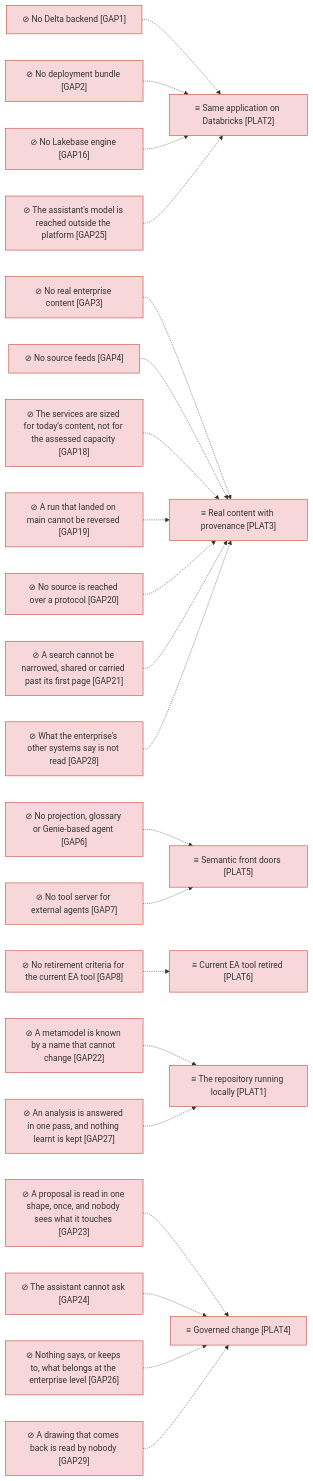
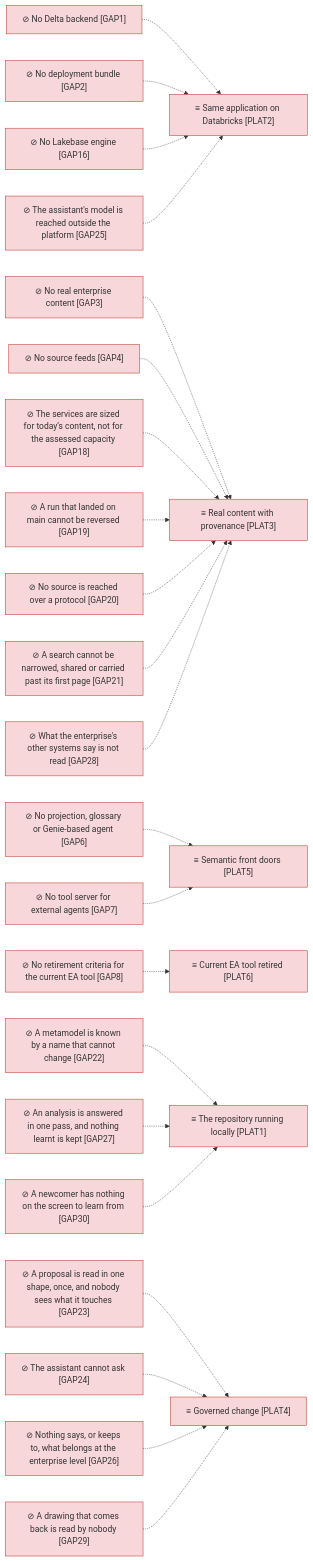
One commit to roanboc/dbx-enterprise-architecture changed the third of 4 diagrams in architecture/6_transition/1_target-state.md. Above: the diagram before and after it, drawn with Mermaid. The commit also changed other lines of this file and 4 other files, not shown here.

First line of the commit message:
docs(architecture): initiative 27 drafted for Understanding — getting started and help on every screen

````diff
--- a/architecture/6_transition/1_target-state.md
+++ b/architecture/6_transition/1_target-state.md
@@ -67,51 +68,53 @@
 ```mermaid
 flowchart LR
   p1["≡ The repository running locally [PLAT1]"]:::implementation
   p2["≡ Same application on Databricks [PLAT2]"]:::implementation
   p3["≡ Real content with provenance [PLAT3]"]:::implementation
   p5["≡ Semantic front doors [PLAT5]"]:::implementation
   p6["≡ Current EA tool retired [PLAT6]"]:::implementation
   g1["⊘ No Delta backend [GAP1]"]:::implementation
   g2["⊘ No deployment bundle [GAP2]"]:::implementation
   g16["⊘ No Lakebase engine [GAP16]"]:::implementation
   g3["⊘ No real enterprise content [GAP3]"]:::implementation
   g4["⊘ No source feeds [GAP4]"]:::implementation
   g6["⊘ No projection, glossary or Genie-based agent [GAP6]"]:::implementation
   g7["⊘ No tool server for external agents [GAP7]"]:::implementation
   g8["⊘ No retirement criteria for the current EA tool [GAP8]"]:::implementation
   g18["⊘ The services are sized for today’s content, not for the assessed capacity [GAP18]"]:::implementation
   g19["⊘ A run that landed on main cannot be reversed [GAP19]"]:::implementation
   g20["⊘ No source is reached over a protocol [GAP20]"]:::implementation
   g21["⊘ A search cannot be narrowed, shared or carried past its first page [GAP21]"]:::implementation
   g22["⊘ A metamodel is known by a name that cannot change [GAP22]"]:::implementation
   g23["⊘ A proposal is read in one shape, once, and nobody sees what it touches [GAP23]"]:::implementation
   g24["⊘ The assistant cannot ask [GAP24]"]:::implementation
   g25["⊘ The assistant's model is reached outside the platform [GAP25]"]:::implementation
   g26["⊘ Nothing says, or keeps to, what belongs at the enterprise level [GAP26]"]:::implementation
   g27["⊘ An analysis is answered in one pass, and nothing learnt is kept [GAP27]"]:::implementation
   g28["⊘ What the enterprise's other systems say is not read [GAP28]"]:::implementation
   g29["⊘ A drawing that comes back is read by nobody [GAP29]"]:::implementation
+  g30["⊘ A newcomer has nothing on the screen to learn from [GAP30]"]:::implementation
   p4["≡ Governed change [PLAT4]"]:::implementation
   g1 -.-> p2
   g2 -.-> p2
   g16 -.-> p2
   g3 -.-> p3
   g4 -.-> p3
   g6 -.-> p5
   g7 -.-> p5
   g8 -.-> p6
   g18 -.-> p3
   g19 -.-> p3
   g20 -.-> p3
   g21 -.-> p3
   g22 -.-> p1
   g23 -.-> p4
   g24 -.-> p4
   g25 -.-> p2
   g26 -.-> p4
   g27 -.-> p1
   g28 -.-> p3
   g29 -.-> p4
+  g30 -.-> p1
 
   classDef implementation fill:#f8d7da,stroke:#c0392b,color:#333
 ```
````
